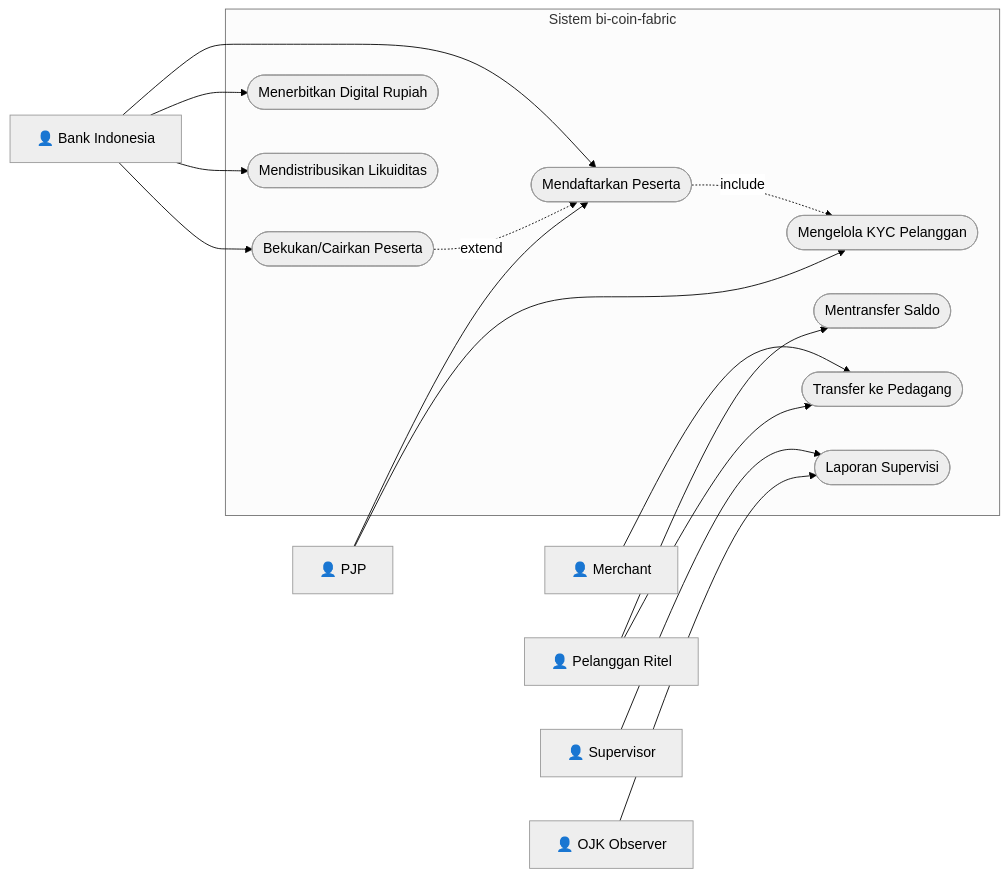
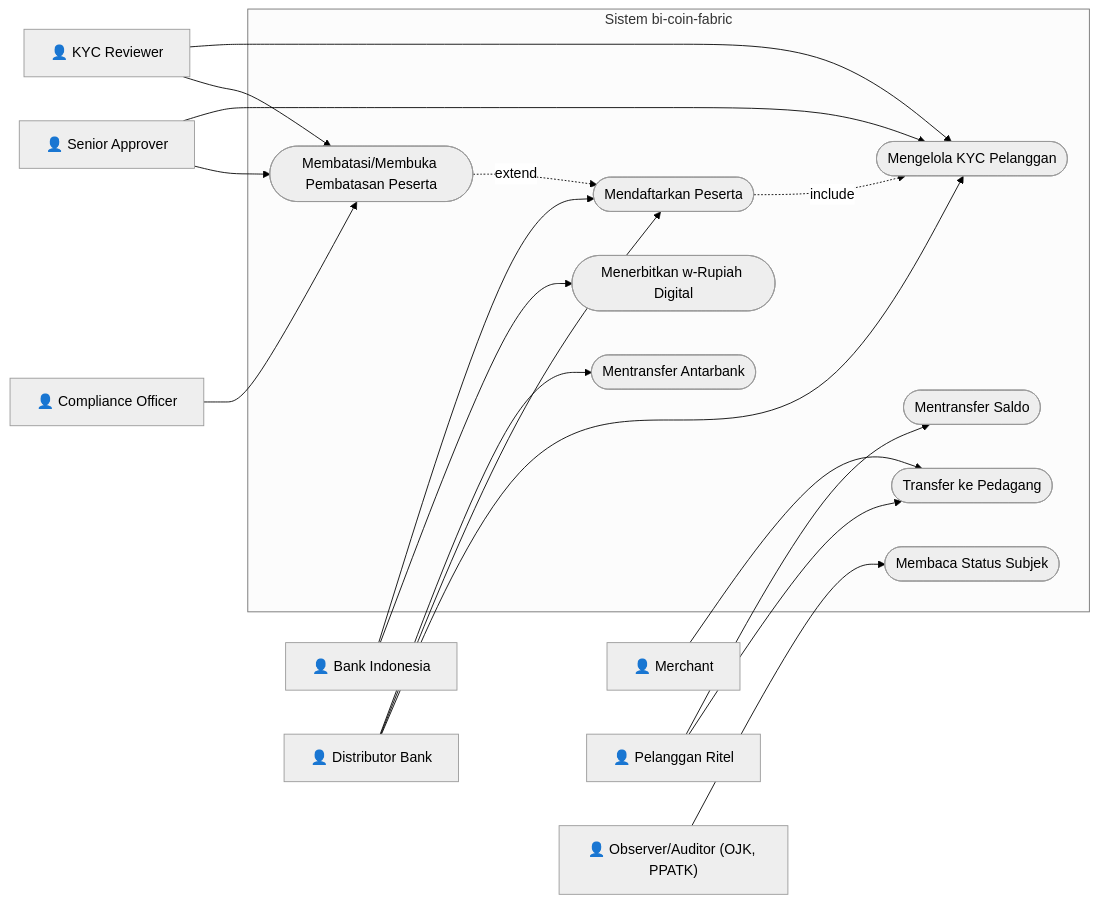
Before and after one commit to mfachrizalg/bi-coin: the first of 3 diagrams in bi-coin-fabric/docs/diagrams/mermaid/use-case-diagrams.md, drawn with Mermaid. The commit also changed other lines of this file and 364 other files, not shown here.

````diff
--- a/bi-coin-fabric/docs/diagrams/mermaid/use-case-diagrams.md
+++ b/bi-coin-fabric/docs/diagrams/mermaid/use-case-diagrams.md
@@ -10,36 +10,41 @@
 ```mermaid
 %%{init: {'theme': 'neutral', 'themeVariables': {'primaryColor': '#ffffff', 'primaryBorderColor': '#000000', 'lineColor': '#000000'}}}%%
 flowchart LR
     BI[👤 Bank Indonesia]
-    PJP[👤 PJP]
+    DB["👤 Distributor Bank"]
     M[👤 Merchant]
     PR[👤 Pelanggan Ritel]
-    SV[👤 Supervisor]
-    OJK[👤 OJK Observer]
+    OBS["👤 Observer/Auditor (OJK, PPATK)"]
+    KYC[👤 KYC Reviewer]
+    SA[👤 Senior Approver]
+    CO[👤 Compliance Officer]
 
     subgraph SYS["Sistem bi-coin-fabric"]
         UC1([Mendaftarkan Peserta])
-        UC2([Menerbitkan Digital Rupiah])
-        UC3([Mendistribusikan Likuiditas])
+        UC2([Menerbitkan w-Rupiah Digital])
+        UC3([Mentransfer Antarbank])
         UC4([Mengelola KYC Pelanggan])
         UC5([Mentransfer Saldo])
         UC6([Transfer ke Pedagang])
-        UC7([Bekukan/Cairkan Peserta])
-        UC9([Laporan Supervisi])
+        UC7([Membatasi/Membuka Pembatasan Peserta])
+        UC9([Membaca Status Subjek])
     end
 
     BI --> UC1
     BI --> UC2
-    BI --> UC3
-    PJP --> UC1
-    PJP --> UC4
+    DB --> UC3
+    DB --> UC1
+    DB --> UC4
     M --> UC6
     PR --> UC5
     PR --> UC6
-    BI --> UC7
-    SV --> UC9
-    OJK --> UC9
+    KYC --> UC4
+    SA --> UC4
+    KYC --> UC7
+    SA --> UC7
+    CO --> UC7
+    OBS --> UC9
 
     UC1 -.->|include| UC4
     UC7 -.->|extend| UC1
 ```
````
